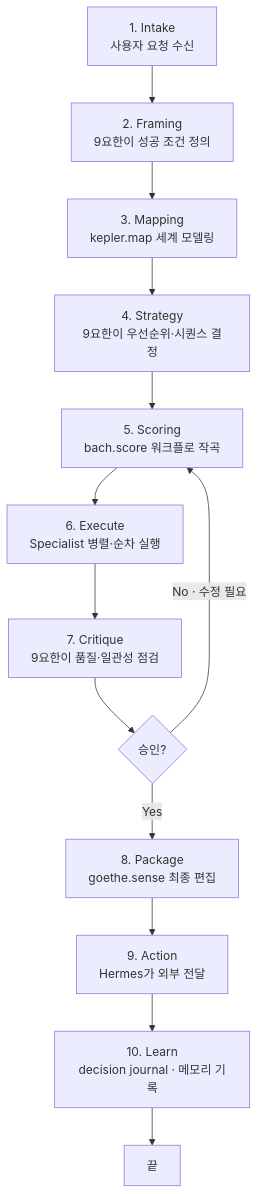
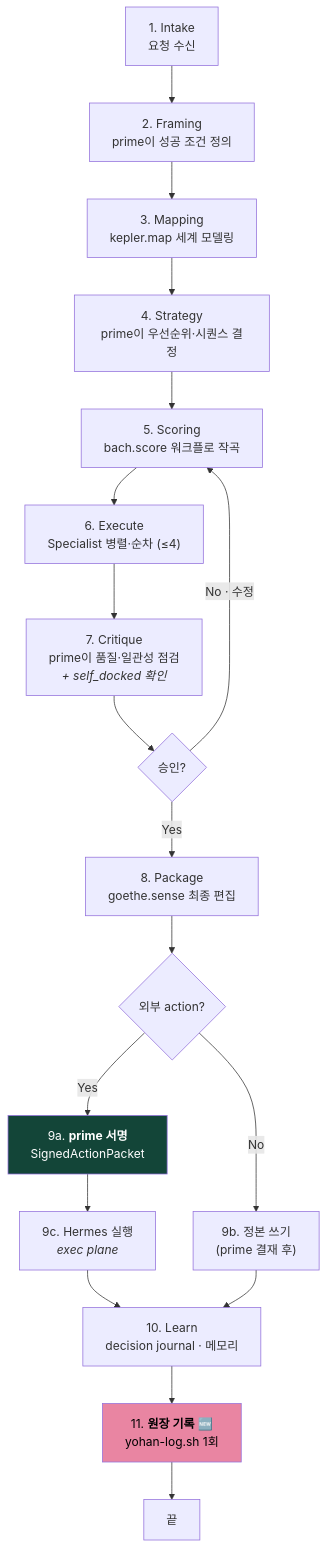
One commit to johnfkoo951/9yohan-constellation changed the first of 9 diagrams in docs/files/workflows.md. Above: the diagram before and after it, drawn with Mermaid. The commit also changed other lines of this file and 15 other files, not shown here.

````diff
--- a/docs/files/workflows.md
+++ b/docs/files/workflows.md
@@ -48,15 +48,23 @@
 ```mermaid
 flowchart TD
-    A["1. Intake<br/>사용자 요청 수신"] --> B["2. Framing<br/>9요한이 성공 조건 정의"]
+    A["1. Intake<br/>요청 수신"] --> B["2. Framing<br/>prime이 성공 조건 정의"]
     B --> C["3. Mapping<br/>kepler.map 세계 모델링"]
-    C --> D["4. Strategy<br/>9요한이 우선순위·시퀀스 결정"]
+    C --> D["4. Strategy<br/>prime이 우선순위·시퀀스 결정"]
     D --> E["5. Scoring<br/>bach.score 워크플로 작곡"]
-    E --> F["6. Execute<br/>Specialist 병렬·순차 실행"]
-    F --> G["7. Critique<br/>9요한이 품질·일관성 점검"]
+    E --> F["6. Execute<br/>Specialist 병렬·순차 (≤4)"]
+    F --> G["7. Critique<br/>prime이 품질·일관성 점검<br/><i>+ self_docked 확인</i>"]
     G --> H{"승인?"}
-    H -->|"No · 수정 필요"| E
+    H -->|"No · 수정"| E
     H -->|"Yes"| I["8. Package<br/>goethe.sense 최종 편집"]
-    I --> J["9. Action<br/>Hermes가 외부 전달"]
-    J --> K["10. Learn<br/>decision journal · 메모리 기록"]
-    K --> L["끝"]
+    I --> J{"외부 action?"}
+    J -->|"Yes"| K["9a. <b>prime 서명</b><br/>SignedActionPacket"]
+    J -->|"No"| L["9b. 정본 쓰기<br/>(prime 결재 후)"]
+    K --> M["9c. Hermes 실행<br/><i>exec plane</i>"]
+    M --> N
+    L --> N["10. Learn<br/>decision journal · 메모리"]
+    N --> O["11. <b>원장 기록</b> 🆕<br/>yohan-log.sh 1회"]
+    O --> P["끝"]
+
+    style K fill:#134538,color:#fff
+    style O fill:#E985A2,color:#000
 ```
````
